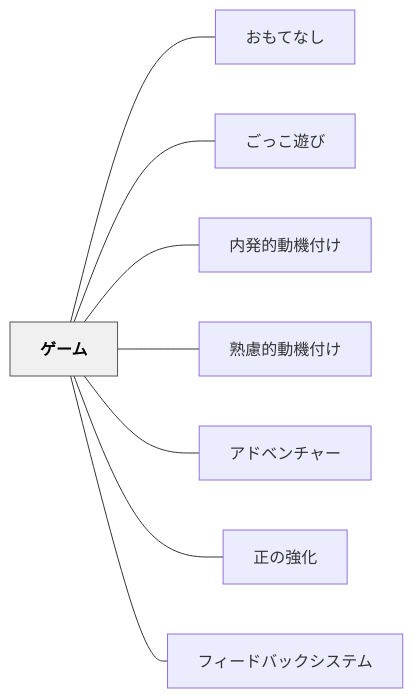
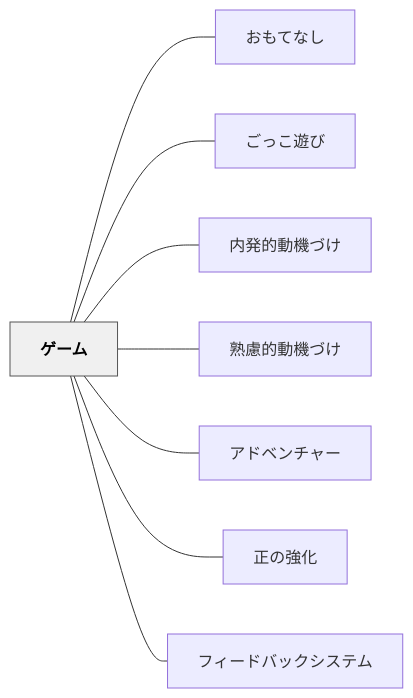
Before and after one commit to unknownthings-ed-patterns/unknownthings-ed-patterns: the diagram in content/パタン/ゲーム.md, drawn with Mermaid. The commit also changed other lines of this file and 234 other files, not shown here.

````diff
--- a/content/パタン/ゲーム.md
+++ b/content/パタン/ゲーム.md
@@ -66,22 +66,22 @@
 ```mermaid
 flowchart LR
     ne382b2e383bce383a0["ゲーム"]
     ne3818ae38282e381a6e381aae38197["おもてなし"]
     ne38194e381a3e38193e9818ae381b3["ごっこ遊び"]
-    ne58685e799bae79a84e58b95e6a99fe4bb98e38191["内発的動機付け"]
-    ne7869fe685aee79a84e58b95e6a99fe4bb98e38191["熟慮的動機付け"]
+    ne58685e799bae79a84e58b95e6a99fe381a5e38191["内発的動機づけ"]
+    ne7869fe685aee79a84e58b95e6a99fe381a5e38191["熟慮的動機づけ"]
     ne382a2e38389e38399e383b3e38381e383a3e383bc["アドベンチャー"]
     ne6ada3e381aee5bcb7e58c96["正の強化"]
     ne38395e382a3e383bce38389e38390e38383e382afe382b7e382b9e38386e383a0["フィードバックシステム"]
 
     ne382b2e383bce383a0 --- ne3818ae38282e381a6e381aae38197
     ne382b2e383bce383a0 --- ne38194e381a3e38193e9818ae381b3
-    ne382b2e383bce383a0 --- ne58685e799bae79a84e58b95e6a99fe4bb98e38191
-    ne382b2e383bce383a0 --- ne7869fe685aee79a84e58b95e6a99fe4bb98e38191
+    ne382b2e383bce383a0 --- ne58685e799bae79a84e58b95e6a99fe381a5e38191
+    ne382b2e383bce383a0 --- ne7869fe685aee79a84e58b95e6a99fe381a5e38191
     ne382b2e383bce383a0 --- ne382a2e38389e38399e383b3e38381e383a3e383bc
     ne382b2e383bce383a0 --- ne6ada3e381aee5bcb7e58c96
     ne382b2e383bce383a0 --- ne38395e382a3e383bce38389e38390e38383e382afe382b7e382b9e38386e383a0
 
     classDef hub fill:#f0f0f0,stroke:#555,color:#000,font-weight:bold
     class ne382b2e383bce383a0 hub
 ```
````
